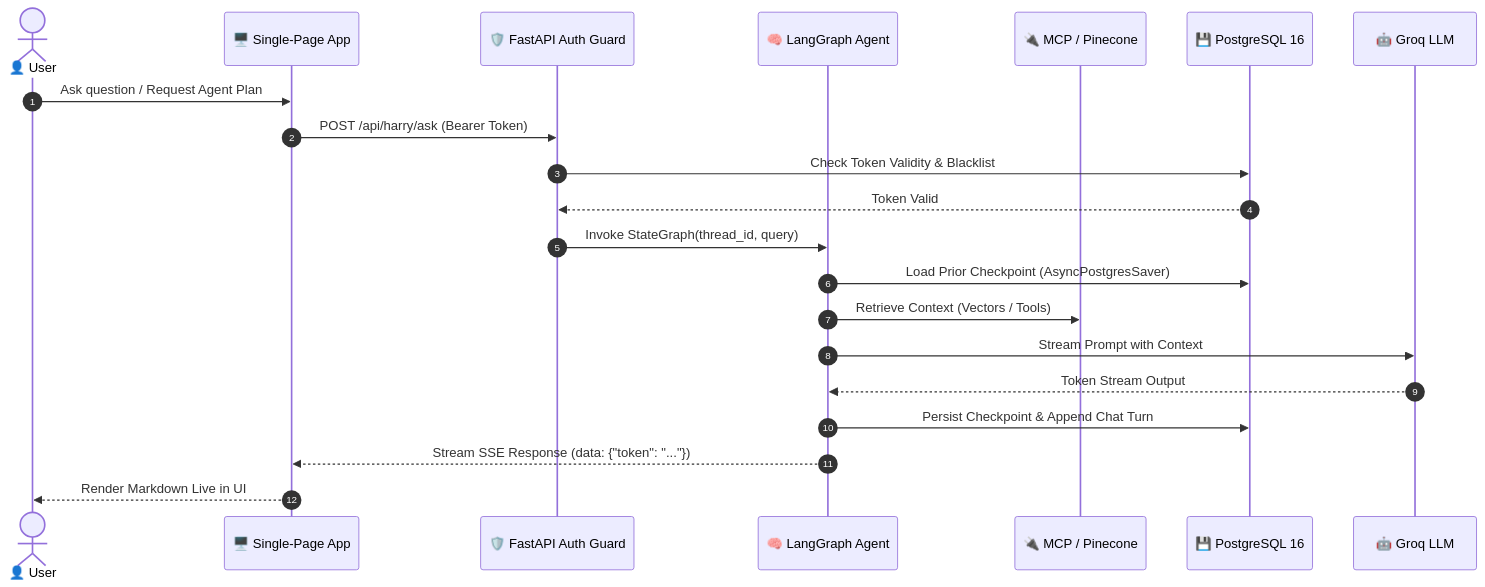
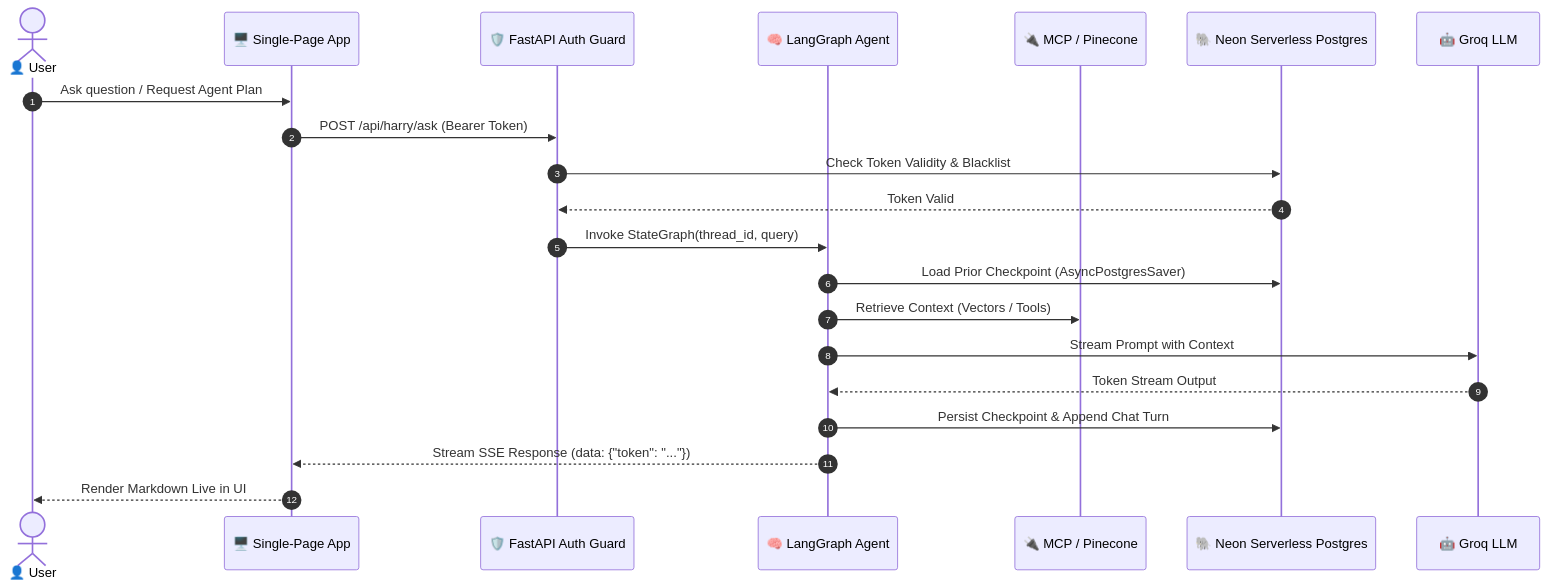
Before and after one commit to ambideXtrous9/portfolio-agent: the second of 2 diagrams in README.md, drawn with Mermaid. The commit also changed other lines of this file, not shown here.

Commit message:
docs(architecture): document standalone Neon Serverless Postgres architecture and HF Hub checkpoints

````diff
--- a/README.md
+++ b/README.md
@@ -103,24 +149,24 @@
 ```mermaid
 sequenceDiagram
     autonumber
     actor User as 👤 User
     participant FE as 🖥️ Single-Page App
     participant Auth as 🛡️ FastAPI Auth Guard
     participant Agent as 🧠 LangGraph Agent
     participant MCP as 🔌 MCP / Pinecone
-    participant DB as 💾 PostgreSQL 16
+    participant DB as 🐘 Neon Serverless Postgres
     participant LLM as 🤖 Groq LLM
 
     User->>FE: Ask question / Request Agent Plan
     FE->>Auth: POST /api/harry/ask (Bearer Token)
     Auth->>DB: Check Token Validity & Blacklist
     DB-->>Auth: Token Valid
     Auth->>Agent: Invoke StateGraph(thread_id, query)
     Agent->>DB: Load Prior Checkpoint (AsyncPostgresSaver)
     Agent->>MCP: Retrieve Context (Vectors / Tools)
     Agent->>LLM: Stream Prompt with Context
     LLM-->>Agent: Token Stream Output
     Agent->>DB: Persist Checkpoint & Append Chat Turn
     Agent-->>FE: Stream SSE Response (data: {"token": "..."})
     FE-->>User: Render Markdown Live in UI
 ```
````
